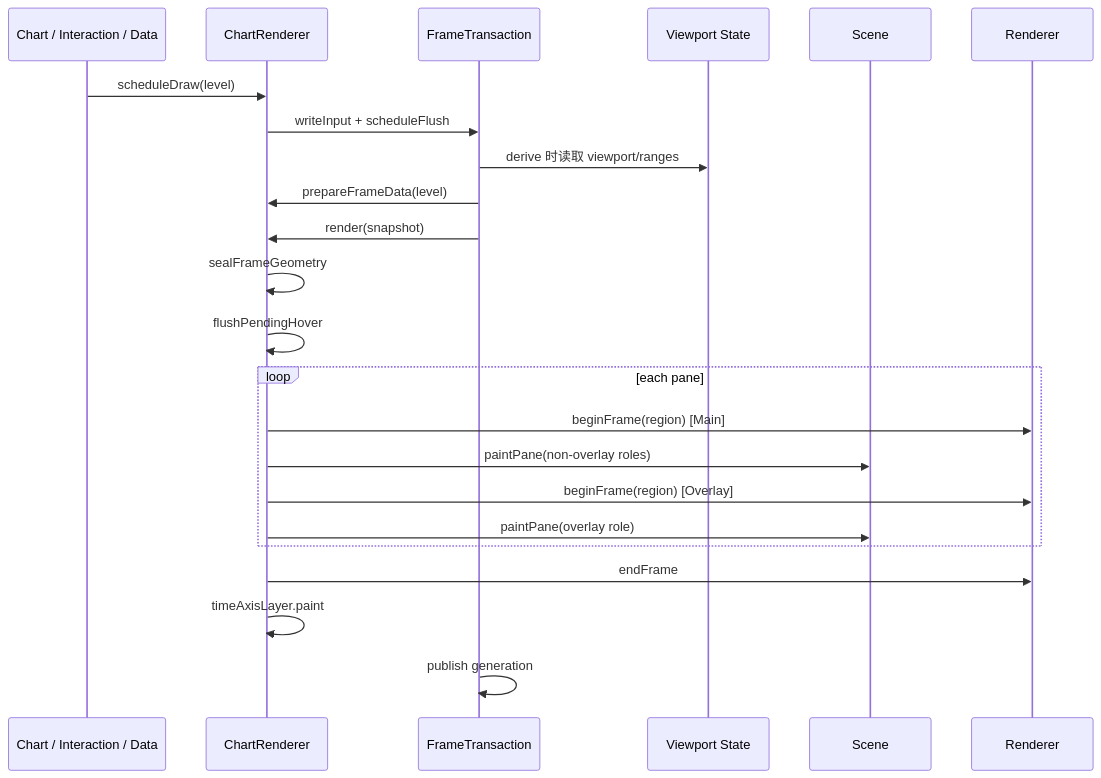
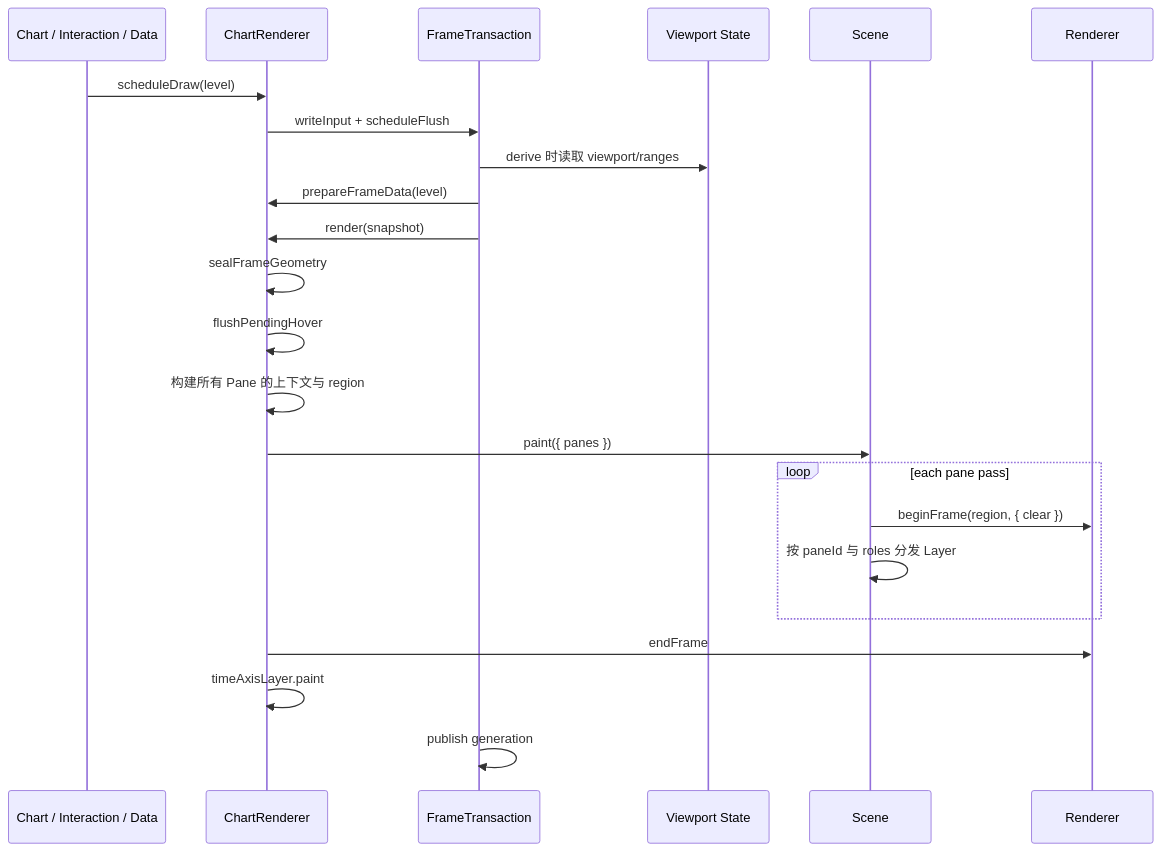
The diagram in docs/rendering-pipeline.md (363045841/KLineChartQuant), drawn with Mermaid before and after one commit. The commit also changed other lines of this file and 5 other files, not shown here.

First line of the commit message:
fix(render): bind pane region before dispatching scene layers

````diff
--- a/docs/rendering-pipeline.md
+++ b/docs/rendering-pipeline.md
@@ -242,26 +242,26 @@
 ```mermaid
 sequenceDiagram
   participant Caller as Chart / Interaction / Data
   participant CR as ChartRenderer
   participant FT as FrameTransaction
   participant VP as Viewport State
   participant Scene as Scene
   participant R as Renderer
 
   Caller->>CR: scheduleDraw(level)
   CR->>FT: writeInput + scheduleFlush
   FT->>VP: derive 时读取 viewport/ranges
   FT->>CR: prepareFrameData(level)
   FT->>CR: render(snapshot)
   CR->>CR: sealFrameGeometry
   CR->>CR: flushPendingHover
-  loop each pane
-    CR->>R: beginFrame(region) [Main]
-    CR->>Scene: paintPane(non-overlay roles)
-    CR->>R: beginFrame(region) [Overlay]
-    CR->>Scene: paintPane(overlay role)
+  CR->>CR: 构建所有 Pane 的上下文与 region
+  CR->>Scene: paint({ panes })
+  loop each pane pass
+    Scene->>R: beginFrame(region, { clear })
+    Scene->>Scene: 按 paneId 与 roles 分发 Layer
   end
   CR->>R: endFrame
   CR->>CR: timeAxisLayer.paint
   FT->>FT: publish generation
 ```
````
